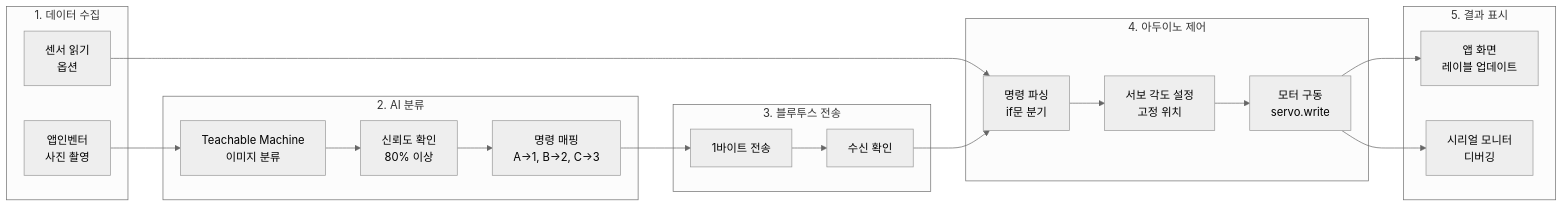
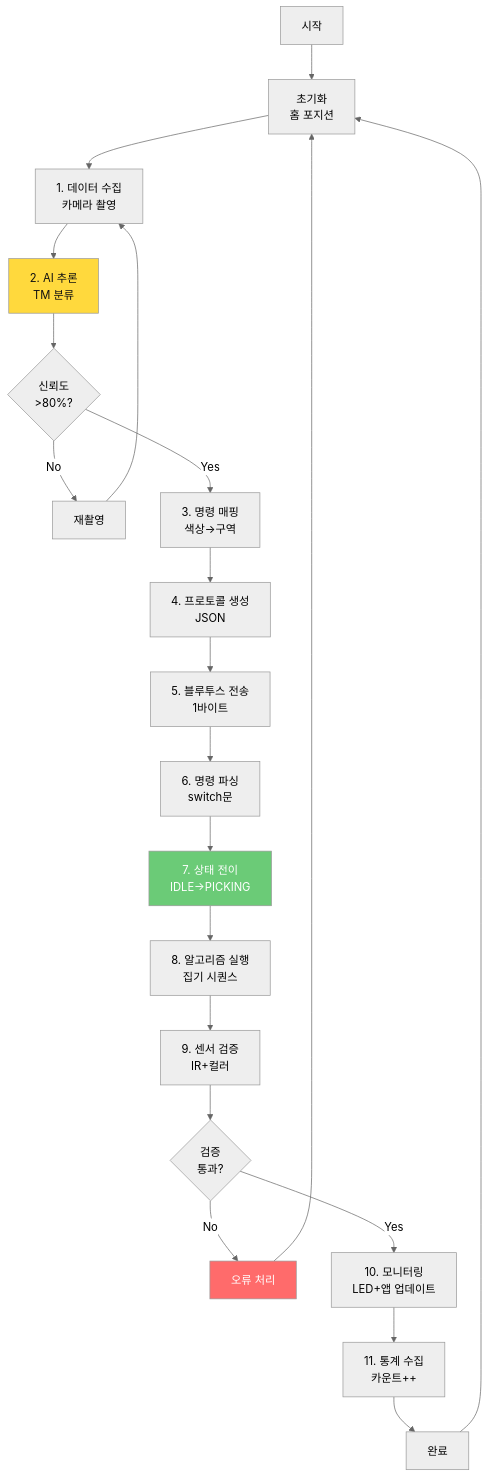
One commit to Collegenie-X/Smart_Factory_Arms_Project changed the fourth of 12 diagrams in docs/01_프로젝트_구조도.md. Above: the diagram before and after it, drawn with Mermaid (neutral theme). The commit also changed other lines of this file, not shown here.

````diff
--- a/docs/01_프로젝트_구조도.md
+++ b/docs/01_프로젝트_구조도.md
@@ -132,45 +161,34 @@
 ```mermaid
-flowchart LR
-    subgraph 수집[1. 데이터 수집]
-        D1[앱인벤터<br/>사진 촬영]
-        D2[센서 읽기<br/>옵션]
-    end
+flowchart TB
+    START[시작] --> INIT[초기화<br/>홈 포지션]
     
-    subgraph AI추론[2. AI 분류]
-        AI1[Teachable Machine<br/>이미지 분류]
-        AI2[신뢰도 확인<br/>80% 이상]
-        AI3[명령 매핑<br/>A→1, B→2, C→3]
-    end
+    INIT --> CAPTURE[1. 데이터 수집<br/>카메라 촬영]
+    CAPTURE --> CLASSIFY[2. AI 추론<br/>TM 분류]
     
-    subgraph 통신[3. 블루투스 전송]
-        BT1[1바이트 전송]
-        BT2[수신 확인]
-    end
+    CLASSIFY --> CONF{신뢰도<br/>>80%?}
+    CONF -->|No| RETRY[재촬영]
+    RETRY --> CAPTURE
+    CONF -->|Yes| MAP[3. 명령 매핑<br/>색상→구역]
     
-    subgraph 제어[4. 아두이노 제어]
-        C1[명령 파싱<br/>if문 분기]
-        C2[서보 각도 설정<br/>고정 위치]
-        C3[모터 구동<br/>servo.write]
-    end
+    MAP --> SEND[4. 프로토콜 생성<br/>JSON]
+    SEND --> BT[5. 블루투스 전송<br/>1바이트]
     
-    subgraph 피드백[5. 결과 표시]
-        F1[앱 화면<br/>레이블 업데이트]
-        F2[시리얼 모니터<br/>디버깅]
-    end
+    BT --> PARSE[6. 명령 파싱<br/>switch문]
+    PARSE --> STATE[7. 상태 전이<br/>IDLE→PICKING]
     
-    D1 --> AI1
-    D2 --> C1
+    STATE --> EXEC[8. 알고리즘 실행<br/>집기 시퀀스]
+    EXEC --> SENSOR[9. 센서 검증<br/>IR+컬러]
     
-    AI1 --> AI2
-    AI2 --> AI3
-    AI3 --> BT1
+    SENSOR --> VERIFY{검증<br/>통과?}
+    VERIFY -->|No| ERROR[오류 처리]
+    ERROR --> INIT
+    VERIFY -->|Yes| MONITOR[10. 모니터링<br/>LED+앱 업데이트]
     
-    BT1 --> BT2
-    BT2 --> C1
+    MONITOR --> STATS[11. 통계 수집<br/>카운트++]
+    STATS --> COMPLETE[완료]
+    COMPLETE --> INIT
     
-    C1 --> C2
-    C2 --> C3
-    
-    C3 --> F1
-    C3 --> F2
+    style CLASSIFY fill:#FFD93D,color:#111
+    style STATE fill:#6BCB77,color:#fff
+    style ERROR fill:#FF6B6B,color:#fff
 ```
````
